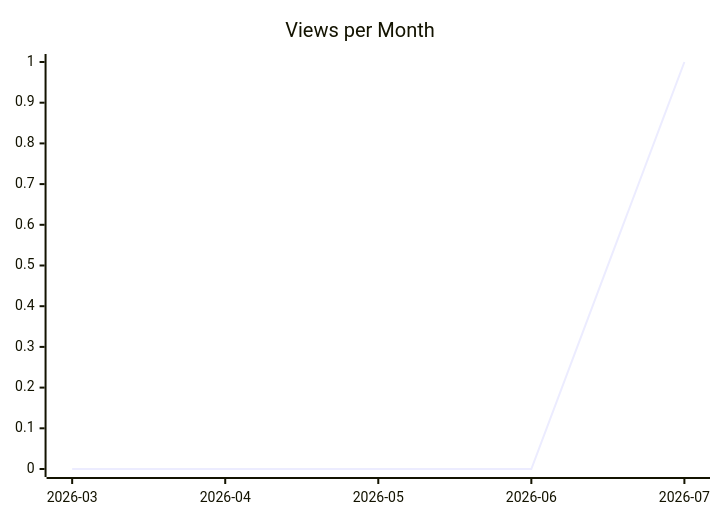
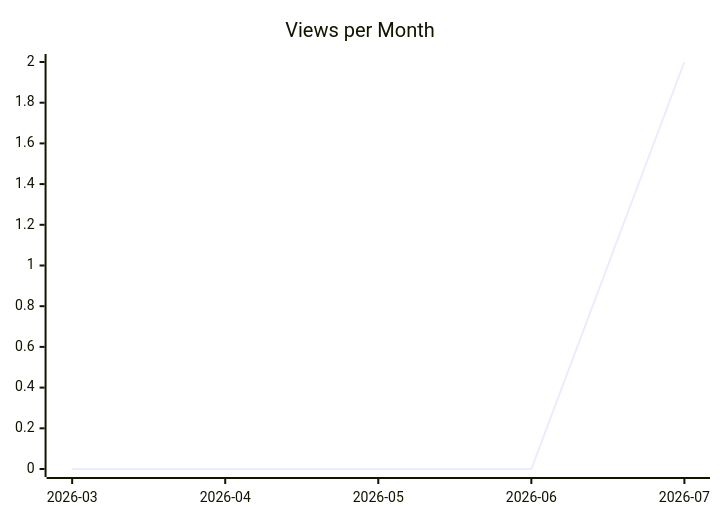
One commit to justdavis-family/github-analytics-data changed the second of 3 diagrams in karlmdavis/ansible-jenkins/README.md. Above: the diagram before and after it, drawn with Mermaid. The commit also changed other lines of this file and 188 other files, not shown here.

````diff
--- a/karlmdavis/ansible-jenkins/README.md
+++ b/karlmdavis/ansible-jenkins/README.md
@@ -12,6 +12,6 @@
 ```mermaid
 xychart-beta
   title "Views per Month"
   x-axis ["2026-03", "2026-04", "2026-05", "2026-06", "2026-07"]
-  line [0, 0, 0, 0, 1]
+  line [0, 0, 0, 0, 2]
 ```
````
